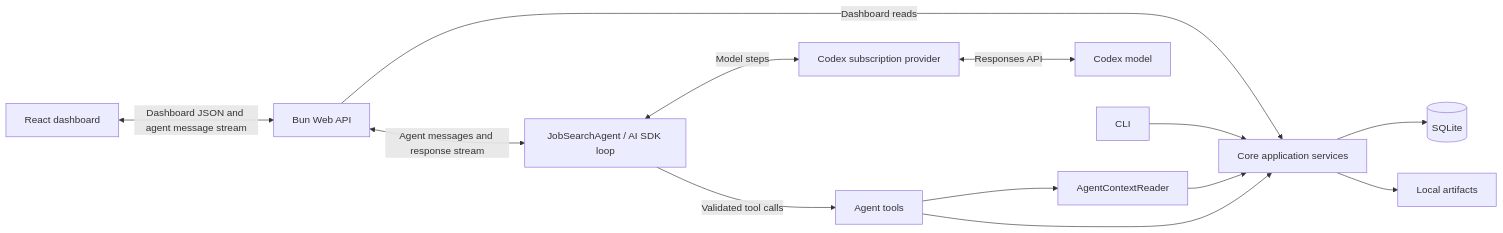
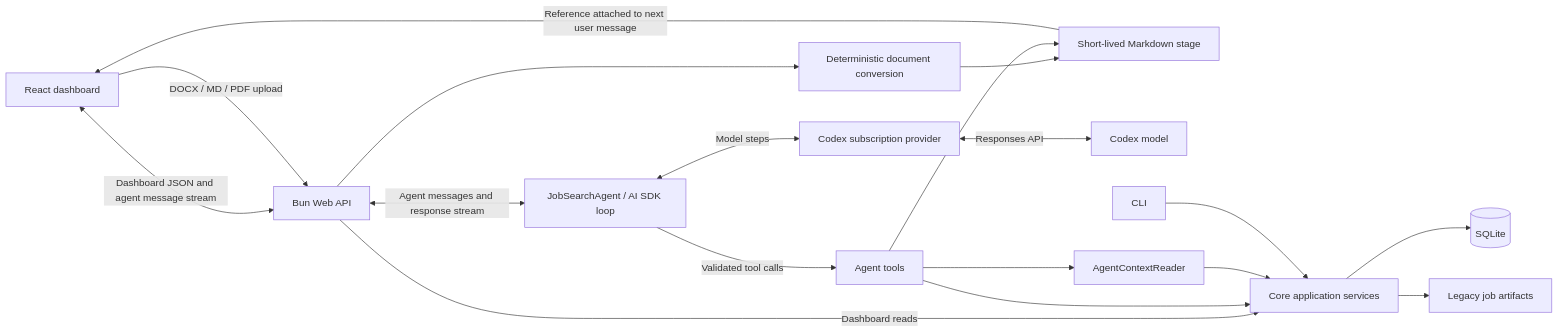
Before and after one commit to paulmccallick/gig-finder: the diagram in docs/architecture/overview.md, drawn with Mermaid. The commit also changed other lines of this file and 59 other files, not shown here.

First line of the commit message:
Add managed document tools (#27)

````diff
--- a/docs/architecture/overview.md
+++ b/docs/architecture/overview.md
@@ -5,15 +5,20 @@
 ```mermaid
 flowchart LR
   Dashboard[React dashboard] <-->|Dashboard JSON and agent message stream| API[Bun Web API]
+  Dashboard -->|DOCX / MD / PDF upload| API
+  API --> Converter[Deterministic document conversion]
+  Converter --> Stage[Short-lived Markdown stage]
+  Stage -->|Reference attached to next user message| Dashboard
   API -->|Dashboard reads| Core[Core application services]
   API <-->|Agent messages and response stream| Agent[JobSearchAgent / AI SDK loop]
   Agent <-->|Model steps| Provider[Codex subscription provider]
   Provider <-->|Responses API| Model[Codex model]
   Agent -->|Validated tool calls| Tools[Agent tools]
+  Tools --> Stage
   Tools --> Reader[AgentContextReader]
   Tools --> Core
   Reader --> Core
   CLI[CLI] --> Core
   Core --> SQLite[(SQLite)]
-  Core --> Artifacts[Local artifacts]
+  Core --> Artifacts[Legacy job artifacts]
 ```
````
